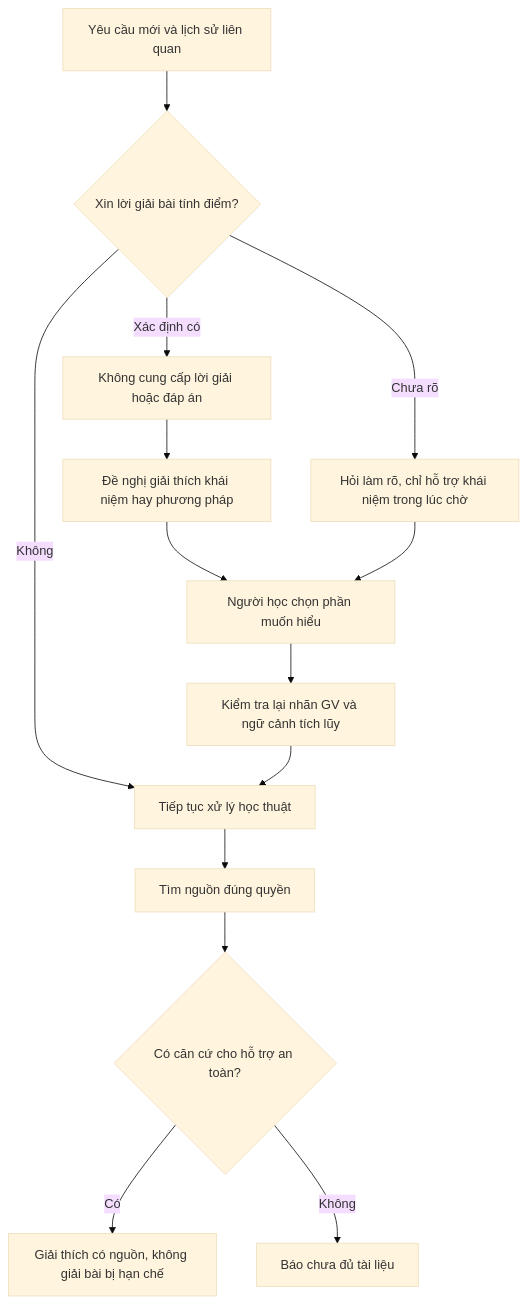
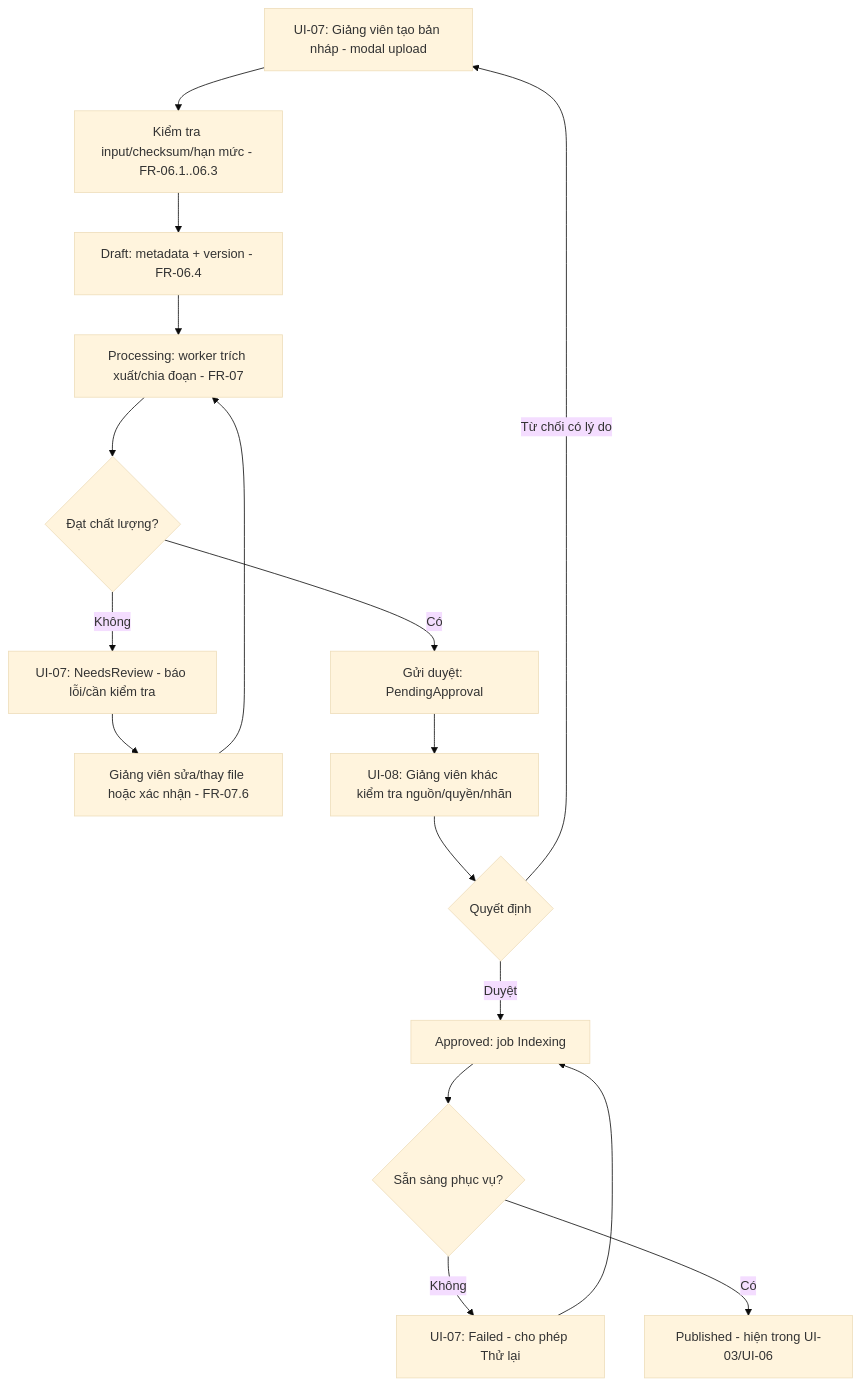
The fifth of 8 diagrams in docs/documentions/wireframe&UIflow_edu04.md (MinhNhatUet/7grass10wwind), drawn with Mermaid (base theme) before and after one commit. The commit also changed other lines of this file and 3 other files, not shown here.

First line of the commit message:
docs: sync wireframe/UI flow, backlog và milestone theo PRD v2.0

````diff
--- a/docs/documentions/wireframe&UIflow_edu04.md
+++ b/docs/documentions/wireframe&UIflow_edu04.md
@@ -306,16 +534,19 @@
 ```mermaid
 flowchart TD
-    A[Yêu cầu mới và lịch sử liên quan] --> B{Xin lời giải bài tính điểm?}
-    B -- Xác định có --> C[Không cung cấp lời giải hoặc đáp án]
-    C --> D[Đề nghị giải thích khái niệm hay phương pháp]
-    B -- Chưa rõ --> E[Hỏi làm rõ, chỉ hỗ trợ khái niệm trong lúc chờ]
-    B -- Không --> F[Tiếp tục xử lý học thuật]
-    D --> G[Người học chọn phần muốn hiểu]
-    E --> G
-    G --> H[Kiểm tra lại nhãn GV và ngữ cảnh tích lũy]
-    H --> F
-    F --> I[Tìm nguồn đúng quyền]
-    I --> J{Có căn cứ cho hỗ trợ an toàn?}
-    J -- Có --> K[Giải thích có nguồn, không giải bài bị hạn chế]
-    J -- Không --> L[Báo chưa đủ tài liệu]
+    UI07A[UI-07: Giảng viên tạo bản nháp - modal upload] --> CHKIN[Kiểm tra input/checksum/hạn mức - FR-06.1..06.3]
+    CHKIN --> DRAFT[Draft: metadata + version - FR-06.4]
+    DRAFT --> PROC[Processing: worker trích xuất/chia đoạn - FR-07]
+    PROC --> QFLAG{Đạt chất lượng?}
+    QFLAG -- Không --> UI07REVIEW[UI-07: NeedsReview - báo lỗi/cần kiểm tra]
+    UI07REVIEW --> FIX[Giảng viên sửa/thay file hoặc xác nhận - FR-07.6]
+    FIX --> PROC
+    QFLAG -- Có --> SUBMIT[Gửi duyệt: PendingApproval]
+    SUBMIT --> UI08[UI-08: Giảng viên khác kiểm tra nguồn/quyền/nhãn]
+    UI08 --> DEC{Quyết định}
+    DEC -- Từ chối có lý do --> UI07A
+    DEC -- Duyệt --> INDEX[Approved: job Indexing]
+    INDEX --> READY{Sẵn sàng phục vụ?}
+    READY -- Không --> UI07FAIL[UI-07: Failed - cho phép Thử lại]
+    UI07FAIL --> INDEX
+    READY -- Có --> PUBLISHED[Published - hiện trong UI-03/UI-06]
 ```
````
